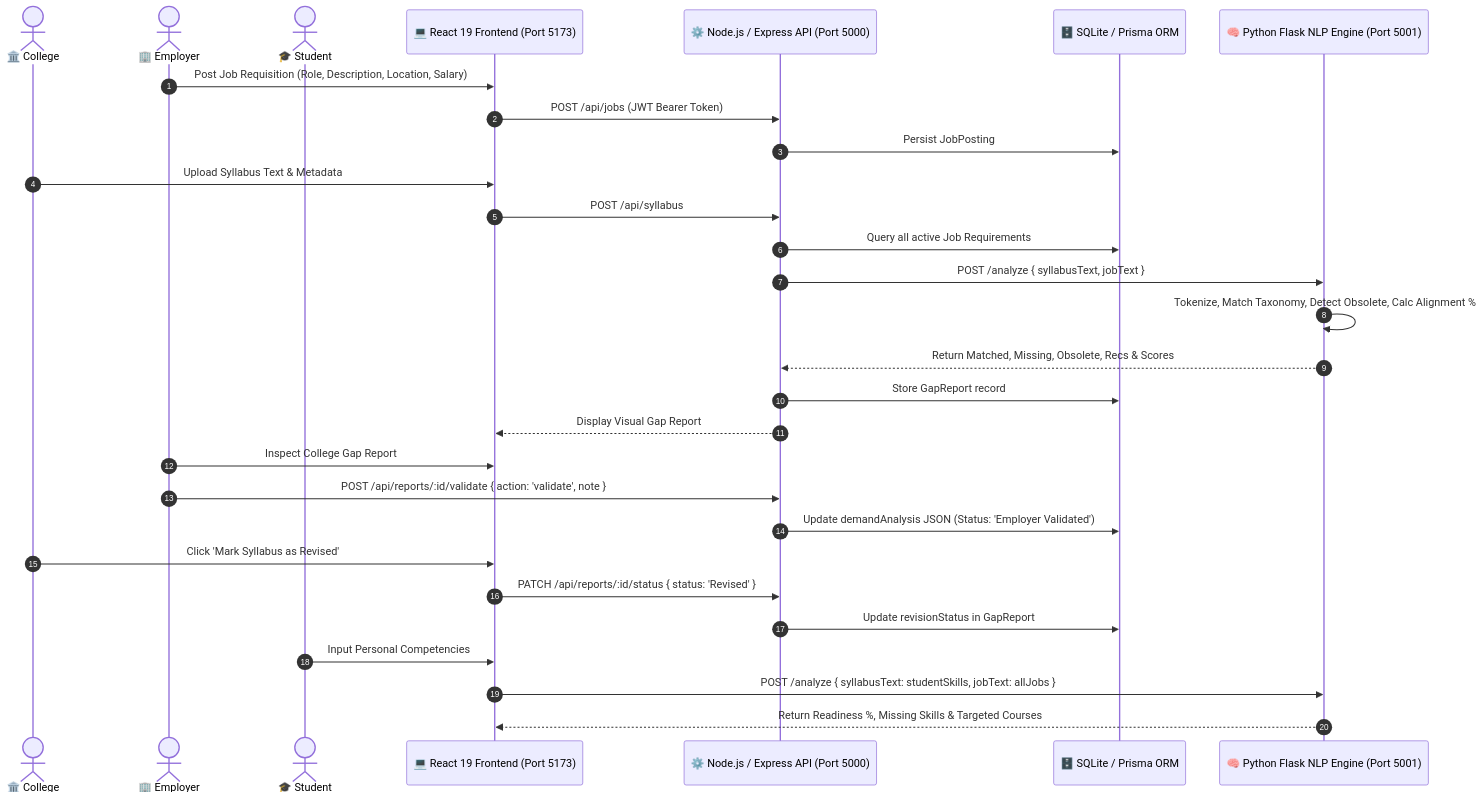
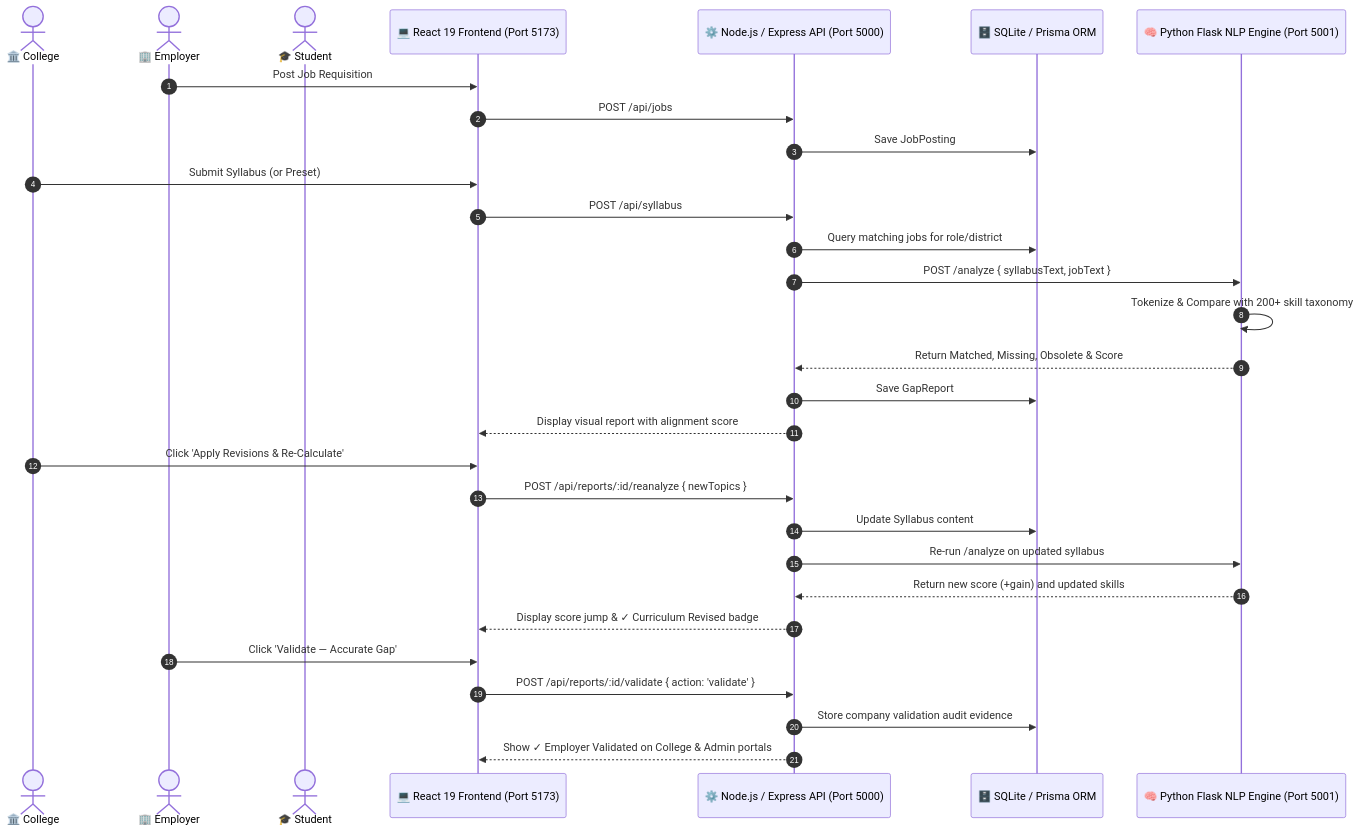
The diagram in README.md (Jignesh7583/skillbridge), drawn with Mermaid before and after one commit. The commit also changed other lines of this file and 240 other files, not shown here.

````diff
--- a/README.md
+++ b/README.md
@@ -106,41 +174,40 @@
 ```mermaid
 sequenceDiagram
     autonumber
     actor College as 🏛️ College
     actor Employer as 🏢 Employer
     actor Student as 🎓 Student
     participant Frontend as 💻 React 19 Frontend (Port 5173)
     participant Backend as ⚙️ Node.js / Express API (Port 5000)
     participant Database as 🗄️ SQLite / Prisma ORM
     participant MLEngine as 🧠 Python Flask NLP Engine (Port 5001)
 
     %% Job Post Flow
-    Employer->>Frontend: Post Job Requisition (Role, Description, Location, Salary)
-    Frontend->>Backend: POST /api/jobs (JWT Bearer Token)
-    Backend->>Database: Persist JobPosting
-    
+    Employer->>Frontend: Post Job Requisition
+    Frontend->>Backend: POST /api/jobs
+    Backend->>Database: Save JobPosting
+
     %% Syllabus Analysis Flow
-    College->>Frontend: Upload Syllabus Text & Metadata
+    College->>Frontend: Submit Syllabus (or Preset)
     Frontend->>Backend: POST /api/syllabus
-    Backend->>Database: Query all active Job Requirements
+    Backend->>Database: Query matching jobs for role/district
     Backend->>MLEngine: POST /analyze { syllabusText, jobText }
-    MLEngine->>MLEngine: Tokenize, Match Taxonomy, Detect Obsolete, Calc Alignment %
-    MLEngine-->>Backend: Return Matched, Missing, Obsolete, Recs & Scores
-    Backend->>Database: Store GapReport record
-    Backend-->>Frontend: Display Visual Gap Report
+    MLEngine->>MLEngine: Tokenize & Compare with 200+ skill taxonomy
+    MLEngine-->>Backend: Return Matched, Missing, Obsolete & Score
+    Backend->>Database: Save GapReport
+    Backend-->>Frontend: Display visual report with alignment score
+
+    %% Closed-Loop Revision
+    College->>Frontend: Click 'Apply Revisions & Re-Calculate'
+    Frontend->>Backend: POST /api/reports/:id/reanalyze { newTopics }
+    Backend->>Database: Update Syllabus content
+    Backend->>MLEngine: Re-run /analyze on updated syllabus
+    MLEngine-->>Backend: Return new score (+gain) and updated skills
+    Backend-->>Frontend: Display score jump & ✓ Curriculum Revised badge
 
     %% Employer Validation Flow
-    Employer->>Frontend: Inspect College Gap Report
-    Employer->>Backend: POST /api/reports/:id/validate { action: 'validate', note }
-    Backend->>Database: Update demandAnalysis JSON (Status: 'Employer Validated')
-
-    %% College Revision Flow
-    College->>Frontend: Click 'Mark Syllabus as Revised'
-    Frontend->>Backend: PATCH /api/reports/:id/status { status: 'Revised' }
-    Backend->>Database: Update revisionStatus in GapReport
-
-    %% Student Assessment Flow
-    Student->>Frontend: Input Personal Competencies
-    Frontend->>MLEngine: POST /analyze { syllabusText: studentSkills, jobText: allJobs }
-    MLEngine-->>Frontend: Return Readiness %, Missing Skills & Targeted Courses
+    Employer->>Frontend: Click 'Validate — Accurate Gap'
+    Frontend->>Backend: POST /api/reports/:id/validate { action: 'validate' }
+    Backend->>Database: Store company validation audit evidence
+    Backend-->>Frontend: Show ✓ Employer Validated on College & Admin portals
 ```
````
